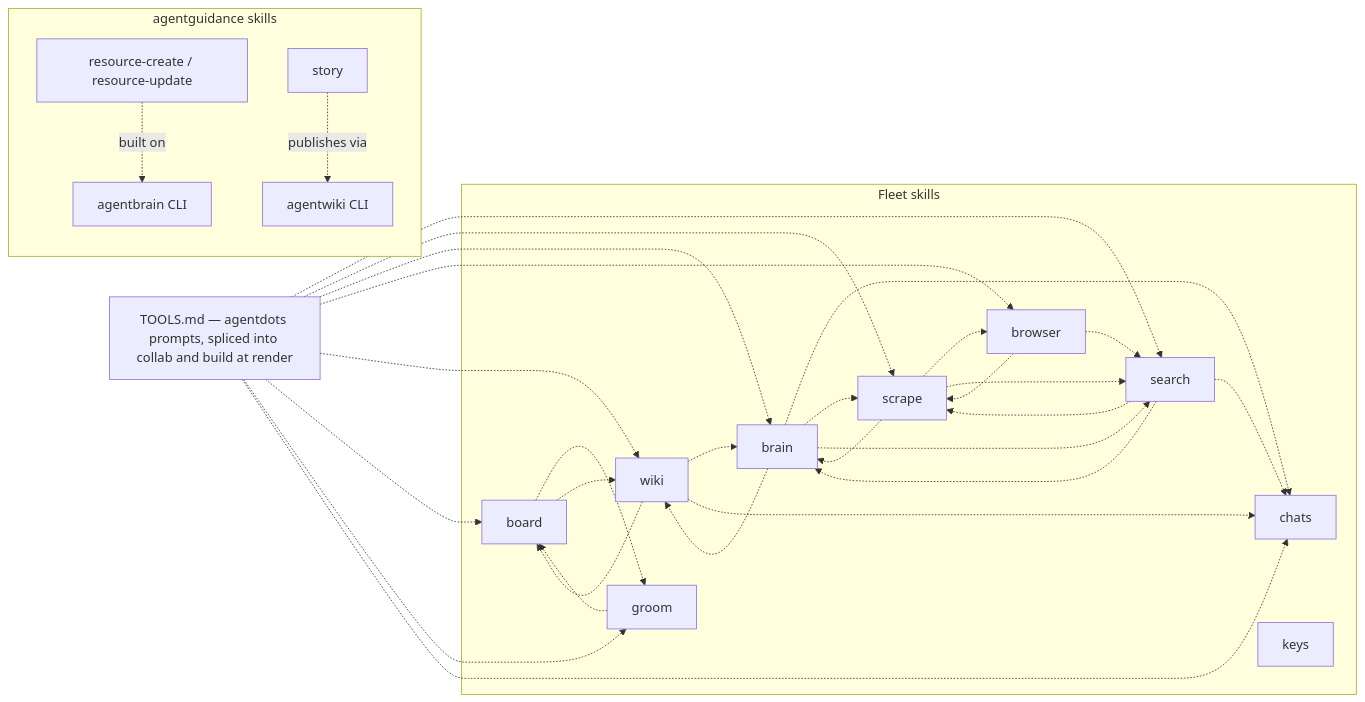
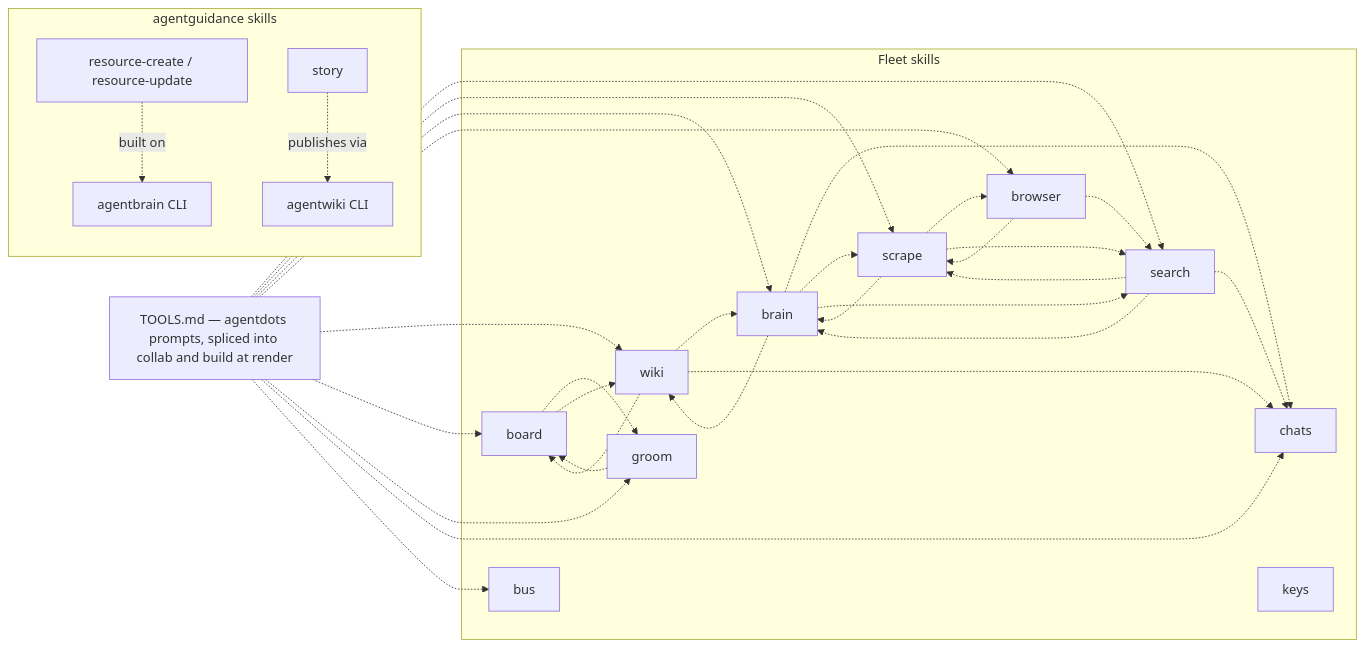
One commit to possibilities/agentdots changed the third of 3 diagrams in skills/fleet/MAP.md. Above: the diagram before and after it, drawn with Mermaid. The commit also changed other lines of this file, not shown here.

Commit message:
Fleet map: agentbus edges — mirror, codex client, adapters, TOOLS.md bus line

````diff
--- a/skills/fleet/MAP.md
+++ b/skills/fleet/MAP.md
@@ -88,21 +92,22 @@
 ```mermaid
 flowchart LR
     subgraph fleetSkills [Fleet skills]
         board -.-> groom & wiki
         groom -.-> board
         brain -.-> chats & scrape & search & wiki
         scrape -.-> brain & browser & search
         search -.-> brain & chats & scrape
         browser -.-> scrape & search
         wiki -.-> board & brain & chats
         chats
         keys
+        bus
     end
 
     subgraph guidanceSkills [agentguidance skills]
         resource[resource-create / resource-update] -.->|built on| brainCli[agentbrain CLI]
         story -.->|publishes via| wikiCli[agentwiki CLI]
     end
 
-    tools[TOOLS.md — agentdots prompts, spliced into collab and build at render] -.-> search & scrape & brain & browser & wiki & board & groom & chats
+    tools[TOOLS.md — agentdots prompts, spliced into collab and build at render] -.-> search & scrape & brain & browser & wiki & board & groom & chats & bus
 ```
````
